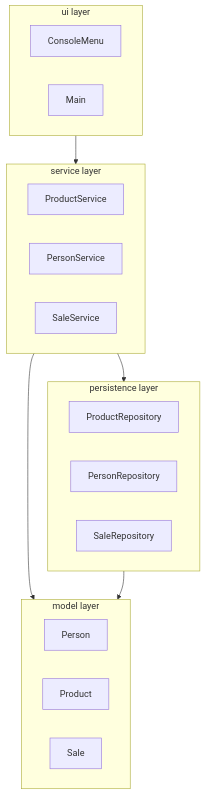
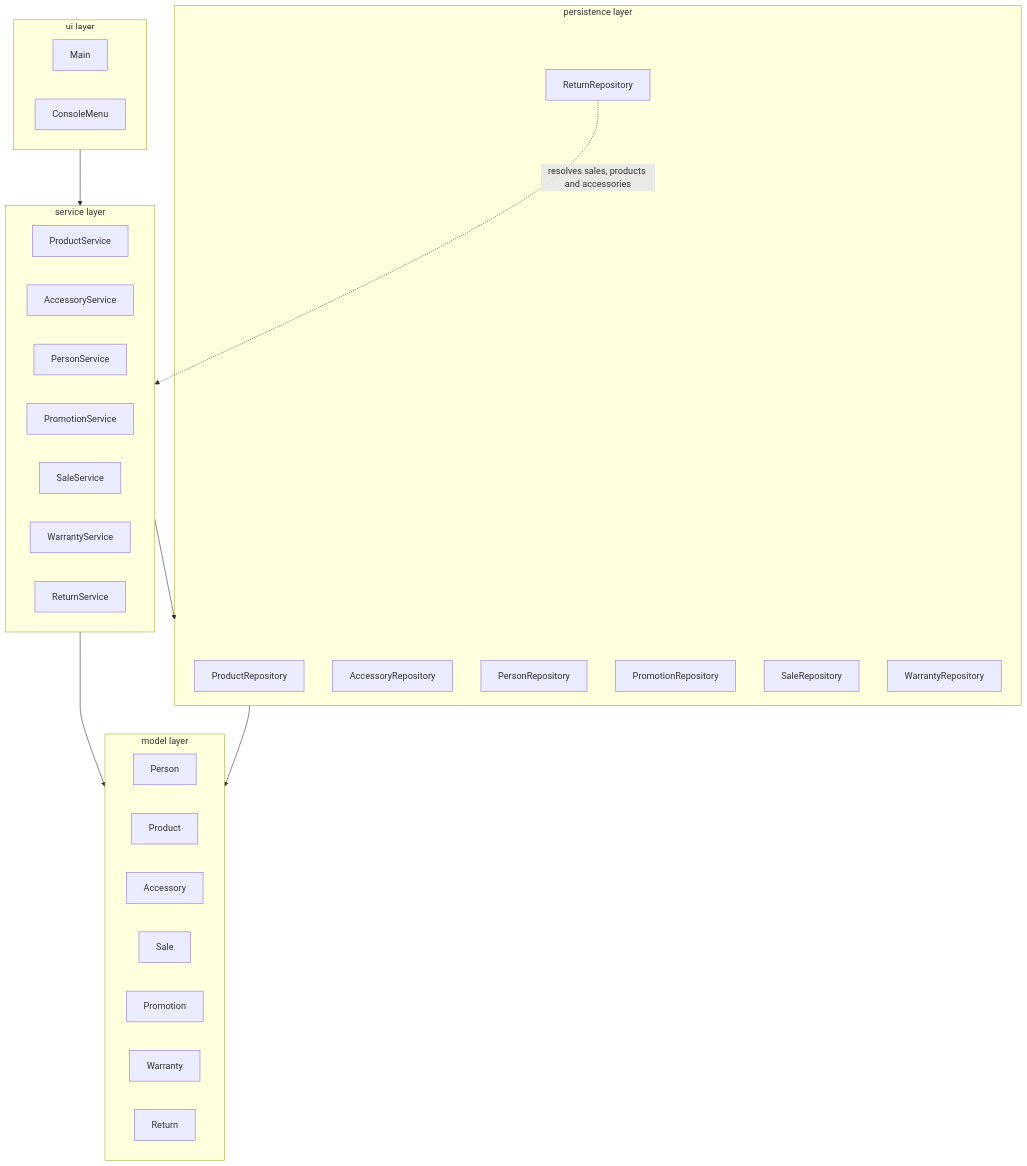
Before and after one commit to edavidguerra/gamezone-unicesar: the diagram in docs/layers-diagram.md, drawn with Mermaid. The commit also changed other lines of this file and 1 other file, not shown here.

Commit message:
docs: update layers diagram and README with integrated feature set

````diff
--- a/docs/layers-diagram.md
+++ b/docs/layers-diagram.md
@@ -1,27 +1,40 @@
 ```mermaid
 flowchart TD
     subgraph UI["ui layer"]
+        Main
         ConsoleMenu
-        Main
     end
     subgraph SERVICE["service layer"]
         ProductService
+        AccessoryService
         PersonService
+        PromotionService
         SaleService
+        WarrantyService
+        ReturnService
     end
     subgraph PERSISTENCE["persistence layer"]
         ProductRepository
+        AccessoryRepository
         PersonRepository
+        PromotionRepository
         SaleRepository
+        WarrantyRepository
+        ReturnRepository
     end
     subgraph MODEL["model layer"]
         Person
         Product
+        Accessory
         Sale
+        Promotion
+        Warranty
+        Return
     end
 
     UI --> SERVICE
     SERVICE --> PERSISTENCE
     SERVICE --> MODEL
     PERSISTENCE --> MODEL
+    ReturnRepository -.->|"resolves sales, products and accessories"| SERVICE
 ```
````
